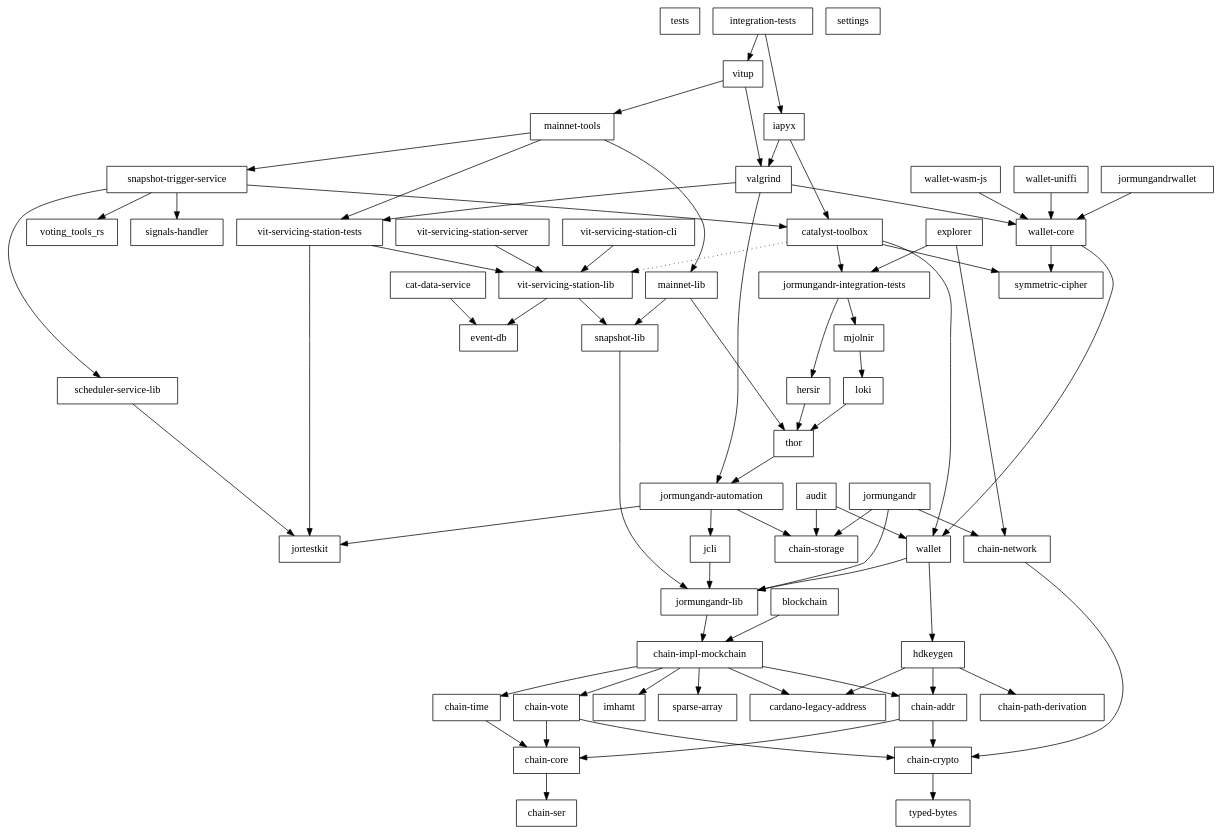
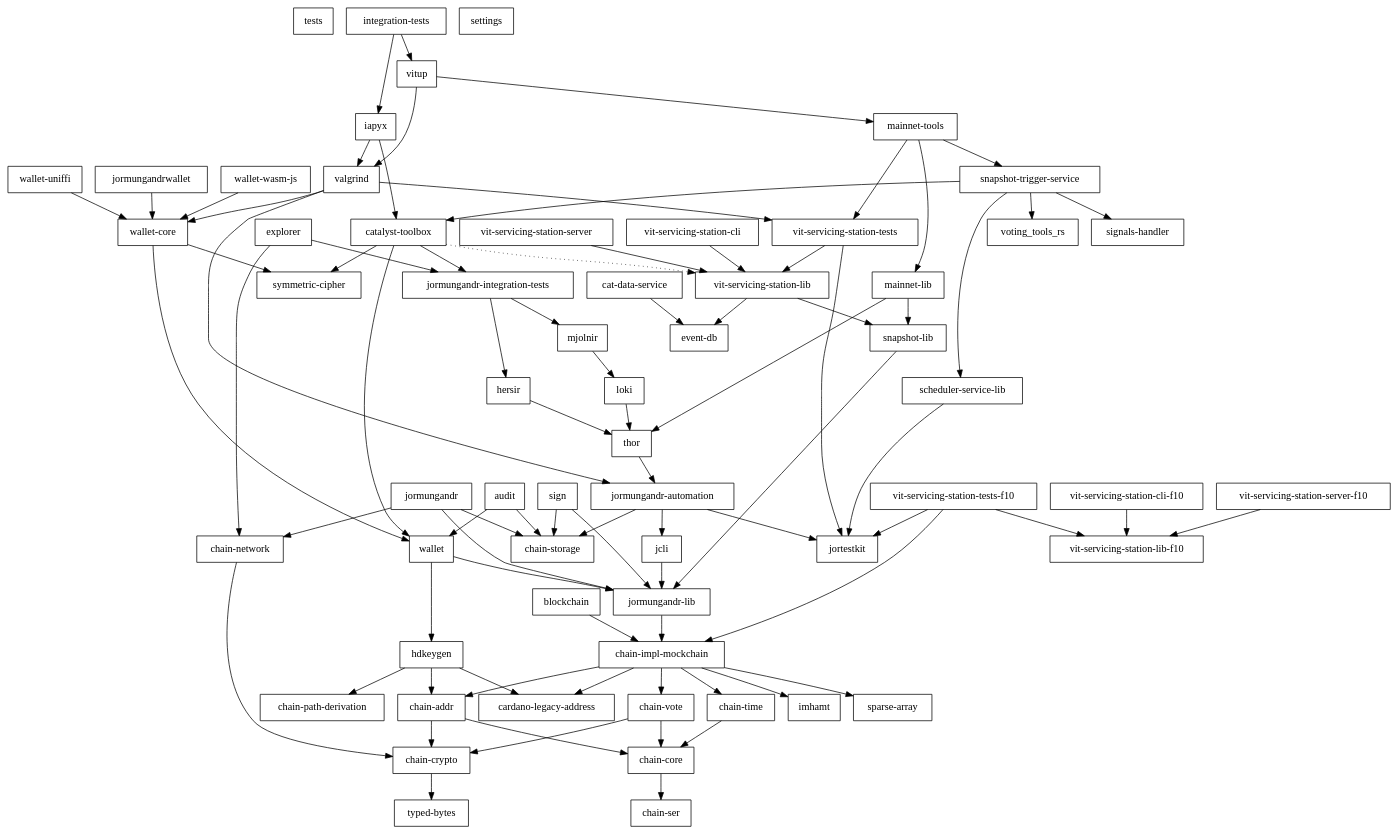
The diagram in loadtest-snapshot/06_rust_api/rust/doc/workspace.depgraph.dot (input-output-hk/catalyst-core), drawn with Graphviz before and after one commit. The commit also changed 6637 other files, not shown here.

```diff
--- a/loadtest-snapshot/06_rust_api/rust/doc/workspace.depgraph.dot
+++ b/loadtest-snapshot/06_rust_api/rust/doc/workspace.depgraph.dot
@@ -1,130 +1,142 @@
 digraph {
     0 [ label = "tests" shape = box]
     1 [ label = "catalyst-toolbox" shape = box]
     2 [ label = "chain-addr" shape = box]
     3 [ label = "chain-core" shape = box]
     4 [ label = "chain-ser" shape = box]
     5 [ label = "chain-crypto" shape = box]
     6 [ label = "typed-bytes" shape = box]
     7 [ label = "chain-impl-mockchain" shape = box]
     8 [ label = "cardano-legacy-address" shape = box]
     9 [ label = "chain-time" shape = box]
     10 [ label = "chain-vote" shape = box]
     11 [ label = "imhamt" shape = box]
     12 [ label = "sparse-array" shape = box]
     13 [ label = "chain-storage" shape = box]
     14 [ label = "jcli" shape = box]
     15 [ label = "jormungandr-lib" shape = box]
     16 [ label = "jormungandr-automation" shape = box]
     17 [ label = "jortestkit" shape = box]
     18 [ label = "jormungandr-integration-tests" shape = box]
     19 [ label = "hersir" shape = box]
     20 [ label = "thor" shape = box]
     21 [ label = "loki" shape = box]
     22 [ label = "mjolnir" shape = box]
     23 [ label = "snapshot-lib" shape = box]
     24 [ label = "symmetric-cipher" shape = box]
     25 [ label = "vit-servicing-station-lib" shape = box]
     26 [ label = "event-db" shape = box]
     27 [ label = "vit-servicing-station-tests" shape = box]
     28 [ label = "wallet" shape = box]
     29 [ label = "chain-path-derivation" shape = box]
     30 [ label = "hdkeygen" shape = box]
     31 [ label = "chain-network" shape = box]
     32 [ label = "jormungandrwallet" shape = box]
     33 [ label = "wallet-core" shape = box]
     34 [ label = "wallet-wasm-js" shape = box]
     35 [ label = "wallet-uniffi" shape = box]
     36 [ label = "jormungandr" shape = box]
     37 [ label = "explorer" shape = box]
     38 [ label = "settings" shape = box]
     39 [ label = "blockchain" shape = box]
     40 [ label = "vit-servicing-station-cli" shape = box]
     41 [ label = "vit-servicing-station-server" shape = box]
     42 [ label = "iapyx" shape = box]
     43 [ label = "valgrind" shape = box]
     44 [ label = "vitup" shape = box]
     45 [ label = "mainnet-lib" shape = box]
     46 [ label = "mainnet-tools" shape = box]
     47 [ label = "scheduler-service-lib" shape = box]
     48 [ label = "signals-handler" shape = box]
     49 [ label = "snapshot-trigger-service" shape = box]
     50 [ label = "voting_tools_rs" shape = box]
     51 [ label = "integration-tests" shape = box]
     52 [ label = "cat-data-service" shape = box]
     53 [ label = "audit" shape = box]
+    54 [ label = "vit-servicing-station-cli-f10" shape = box]
+    55 [ label = "vit-servicing-station-lib-f10" shape = box]
+    56 [ label = "vit-servicing-station-server-f10" shape = box]
+    57 [ label = "vit-servicing-station-tests-f10" shape = box]
+    58 [ label = "sign" shape = box]
     1 -> 18 [ ]
     1 -> 24 [ ]
     1 -> 25 [ style = dotted]
     1 -> 28 [ ]
     2 -> 3 [ ]
     2 -> 5 [ ]
     3 -> 4 [ ]
     5 -> 6 [ ]
     7 -> 8 [ ]
     7 -> 2 [ ]
     7 -> 9 [ ]
     7 -> 10 [ ]
     7 -> 11 [ ]
     7 -> 12 [ ]
     9 -> 3 [ ]
     10 -> 3 [ ]
     10 -> 5 [ ]
     14 -> 15 [ ]
     15 -> 7 [ ]
     16 -> 13 [ ]
     16 -> 14 [ ]
     16 -> 17 [ ]
     18 -> 19 [ ]
     18 -> 22 [ ]
     19 -> 20 [ ]
     20 -> 16 [ ]
     21 -> 20 [ ]
     22 -> 21 [ ]
     23 -> 15 [ ]
     25 -> 26 [ ]
     25 -> 23 [ ]
     27 -> 17 [ ]
     27 -> 25 [ ]
     28 -> 30 [ ]
     28 -> 15 [ ]
     30 -> 8 [ ]
     30 -> 2 [ ]
     30 -> 29 [ ]
     31 -> 5 [ ]
     32 -> 33 [ ]
     33 -> 24 [ ]
     33 -> 28 [ ]
     34 -> 33 [ ]
     35 -> 33 [ ]
     36 -> 31 [ ]
     36 -> 13 [ ]
     36 -> 15 [ ]
     37 -> 31 [ ]
     37 -> 18 [ ]
     39 -> 7 [ ]
     40 -> 25 [ ]
     41 -> 25 [ ]
     42 -> 1 [ ]
     42 -> 43 [ ]
     43 -> 16 [ ]
     43 -> 27 [ ]
     43 -> 33 [ ]
     44 -> 46 [ ]
     44 -> 43 [ ]
     45 -> 23 [ ]
     45 -> 20 [ ]
     46 -> 45 [ ]
     46 -> 49 [ ]
     46 -> 27 [ ]
     47 -> 17 [ ]
     49 -> 1 [ ]
     49 -> 47 [ ]
     49 -> 48 [ ]
     49 -> 50 [ ]
     51 -> 42 [ ]
     51 -> 44 [ ]
     52 -> 26 [ ]
     53 -> 13 [ ]
     53 -> 28 [ ]
+    54 -> 55 [ ]
+    56 -> 55 [ ]
+    57 -> 7 [ ]
+    57 -> 17 [ ]
+    57 -> 55 [ ]
+    58 -> 13 [ ]
+    58 -> 15 [ ]
 }
```
